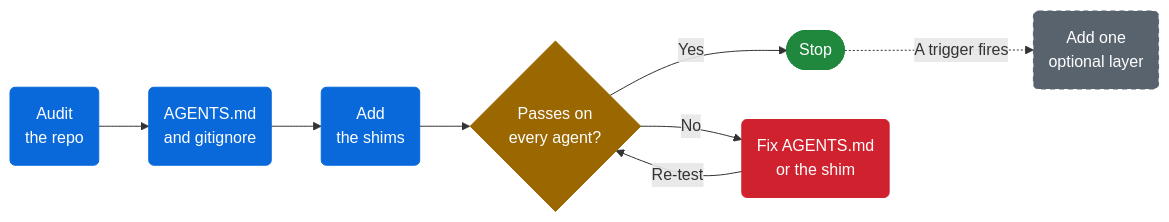
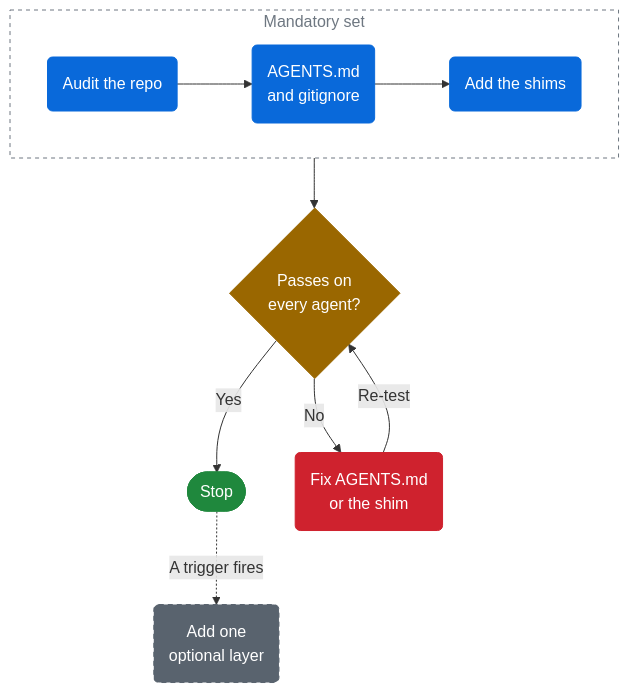
Before and after one commit to santoshshinde2012/over-ai-engineering: the second of 2 diagrams in README.md, drawn with Mermaid. The commit also changed other lines of this file, not shown here.

Commit message:
Lay out the apply flow top to bottom.
GitHub scales a diagram down to the column width, so the left-to-right
flow rendered with small text. Top to bottom, with the three mandatory
steps in one row, it fits the column at full size.

````diff
--- a/README.md
+++ b/README.md
@@ -60,23 +60,30 @@
 ```mermaid
-flowchart LR
+flowchart TB
   accTitle: How to apply the checklist
   accDescr: Audit, write AGENTS.md and the gitignore, add the shims, then test on every agent. A no result fixes AGENTS.md or the shim and tests again. A yes result stops. A dashed line adds one optional layer only after a trigger fires.
 
-  audit("Audit<br/>the repo") --> setup("AGENTS.md<br/>and gitignore") --> shims("Add<br/>the shims") --> test{"Passes on<br/>every agent?"}
+  subgraph mandatory["Mandatory set"]
+    direction LR
+    audit("Audit the repo") --> setup("AGENTS.md<br/>and gitignore") --> shims("Add the shims")
+  end
+
+  mandatory --> test{"Passes on<br/>every agent?"}
   test -->|Yes| stop(["Stop"])
-  stop -.->|A trigger fires| layer("Add one<br/>optional layer")
   test -->|No| fix("Fix AGENTS.md<br/>or the shim")
   fix -->|Re-test| test
+  stop -.->|A trigger fires| layer("Add one<br/>optional layer")
 
   classDef step fill:#0969DA,stroke:#0969DA,color:#FFFFFF
   classDef check fill:#9A6700,stroke:#9A6700,color:#FFFFFF
   classDef done fill:#1F883D,stroke:#1F883D,color:#FFFFFF
   classDef rework fill:#CF222E,stroke:#CF222E,color:#FFFFFF
   classDef later fill:#59636E,stroke:#59636E,color:#FFFFFF,stroke-dasharray:5 4
+  classDef group fill:transparent,stroke:#6E7781,stroke-dasharray:4 4,color:#6E7781
 
   class audit,setup,shims step
   class test check
   class stop done
   class fix rework
   class layer later
+  class mandatory group
 ```
````
